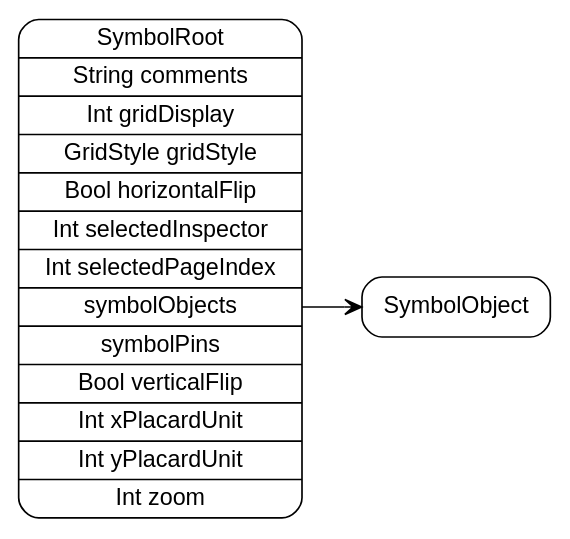
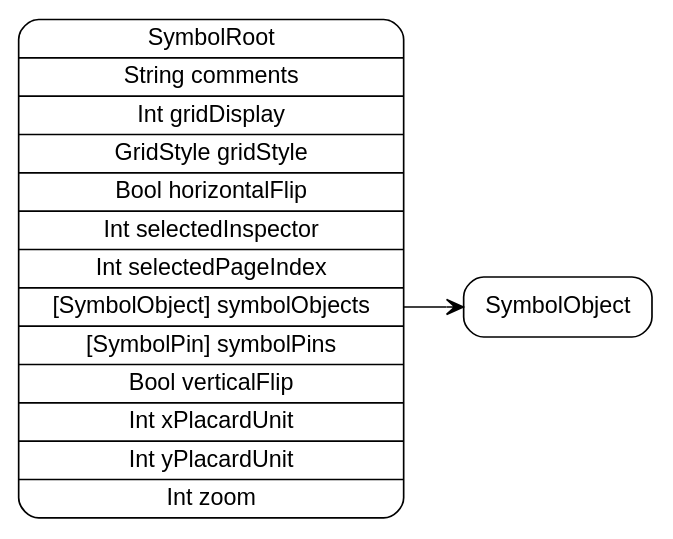
One commit to pierremolinaro/ElCanari-dev changed the diagram in models/SymbolRoot.dot. Above: the diagram before and after it, drawn with Graphviz. The commit also changed 14 other files, not shown here.

```diff
--- a/models/SymbolRoot.dot
+++ b/models/SymbolRoot.dot
@@ -1,7 +1,7 @@
 digraph G {
   rankdir=LR ;
   node [shape=record fontname=helvetica style=rounded] ;
-  SymbolRoot[label="<SymbolRoot>SymbolRoot|String comments|Int gridDisplay|GridStyle gridStyle|Bool horizontalFlip|Int selectedInspector|Int selectedPageIndex|<symbolObjects>symbolObjects|<symbolPins>symbolPins|Bool verticalFlip|Int xPlacardUnit|Int yPlacardUnit|Int zoom"] ;
+  SymbolRoot[label="<SymbolRoot>SymbolRoot|String comments|Int gridDisplay|GridStyle gridStyle|Bool horizontalFlip|Int selectedInspector|Int selectedPageIndex|<symbolObjects>[SymbolObject] symbolObjects|<symbolPins>[SymbolPin] symbolPins|Bool verticalFlip|Int xPlacardUnit|Int yPlacardUnit|Int zoom"] ;
   SymbolObject[label="<SymbolObject>SymbolObject"] ;
   SymbolRoot:symbolObjects -> SymbolObject:SymbolObject [dir=both arrowtail=none arrowhead=vee] ;
 }
```
